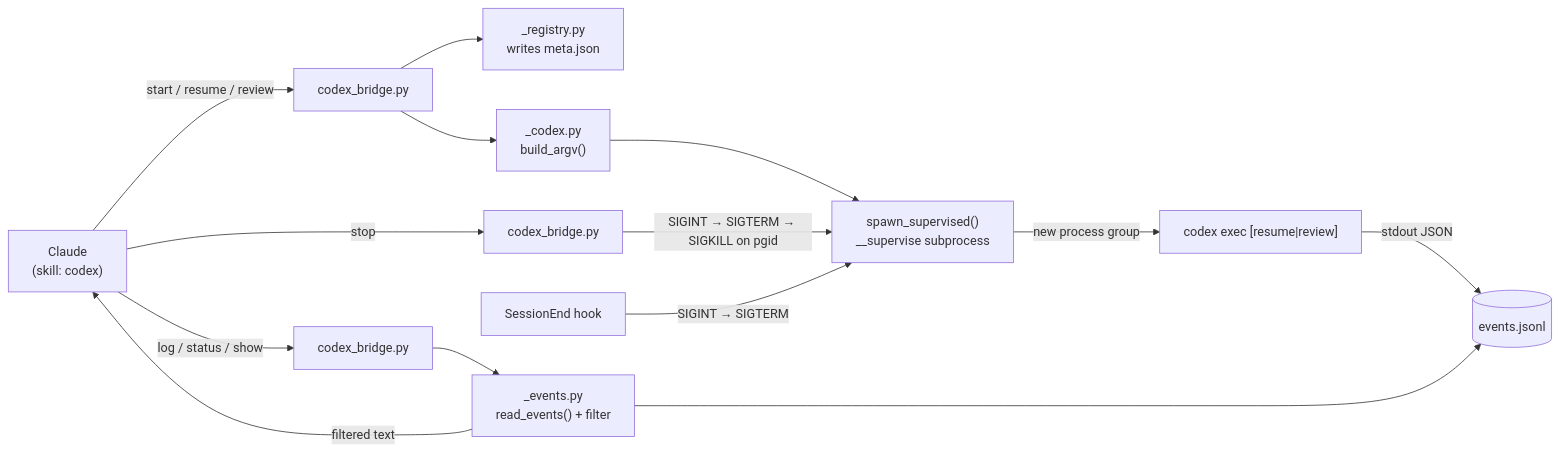
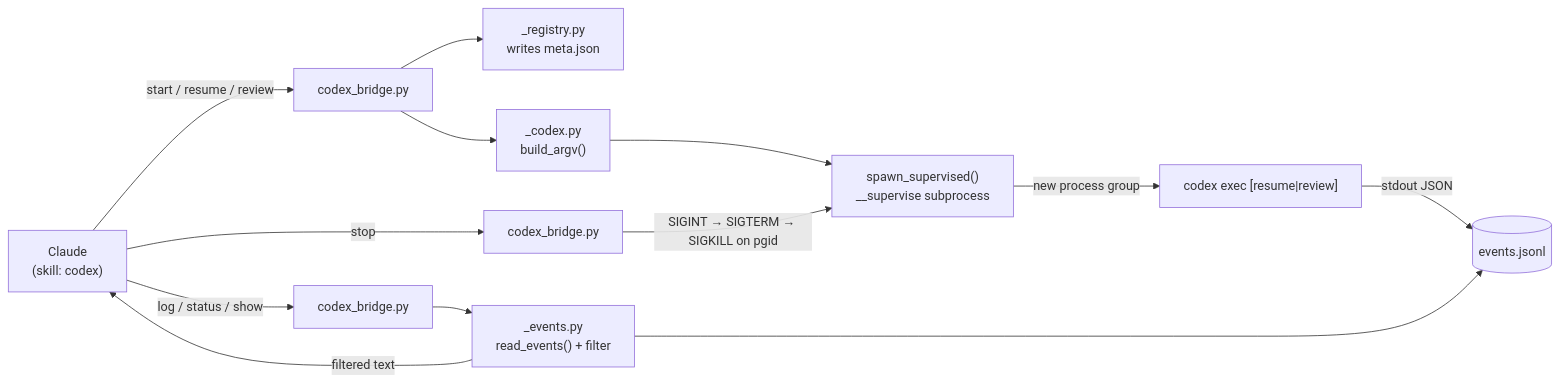
One commit to tjdwls101010/Codex-in-Claude changed the diagram in docs/wiki/Architecture.md. Above: the diagram before and after it, drawn with Mermaid. The commit also changed other lines of this file and 19 other files, not shown here.

First line of the commit message:
Remove SessionEnd cleanup hook, --detach, and stop --all-mine (D23-D25)

````diff
--- a/docs/wiki/Architecture.md
+++ b/docs/wiki/Architecture.md
@@ -18,16 +17,15 @@
 ```mermaid
 flowchart LR
     Claude["Claude<br/>(skill: codex)"] -->|start / resume / review| Bridge["codex_bridge.py"]
     Bridge --> Registry["_registry.py<br/>writes meta.json"]
     Bridge --> Argv["_codex.py<br/>build_argv()"]
     Argv --> Supervisor["spawn_supervised()<br/>__supervise subprocess"]
     Supervisor -->|new process group| CodexCLI["codex exec [resume|review]"]
     CodexCLI -->|stdout JSON| EventsFile[("events.jsonl")]
     Claude -->|log / status / show| Bridge2["codex_bridge.py"]
     Bridge2 --> Reader["_events.py<br/>read_events() + filter"]
     Reader --> EventsFile
     Reader -->|filtered text| Claude
     Claude -->|stop| Bridge3["codex_bridge.py"]
     Bridge3 -->|SIGINT → SIGTERM → SIGKILL on pgid| Supervisor
-    Hook["SessionEnd hook"] -->|SIGINT → SIGTERM| Supervisor
 ```
````
